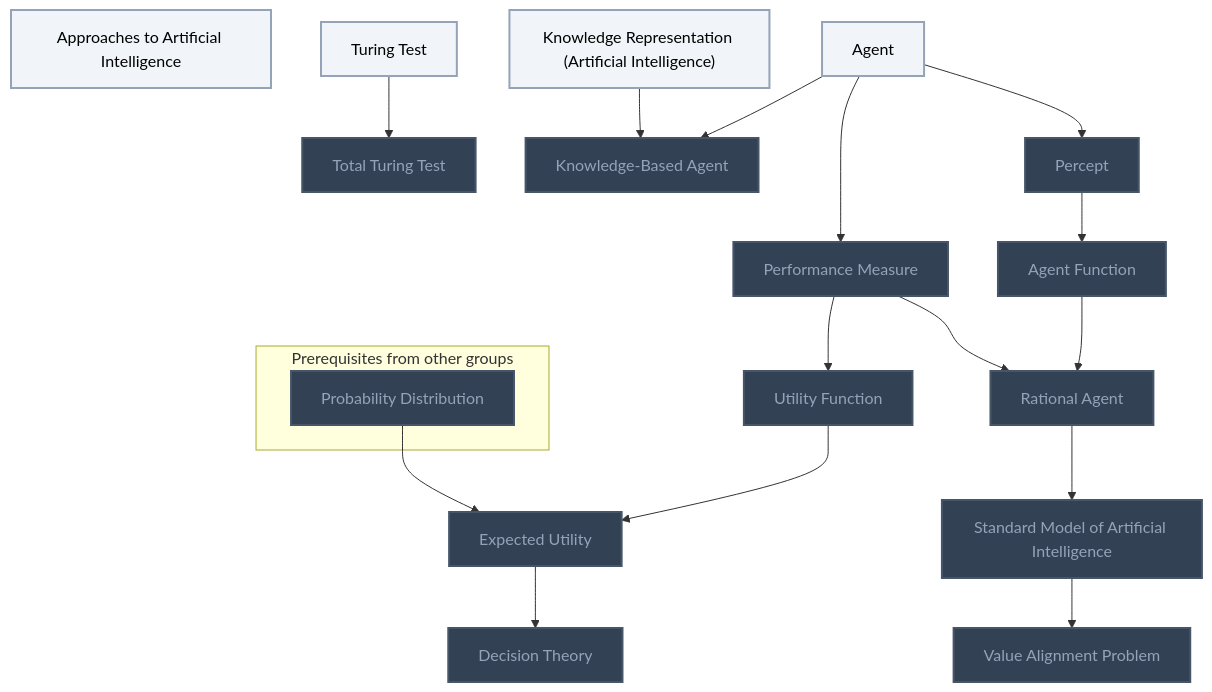
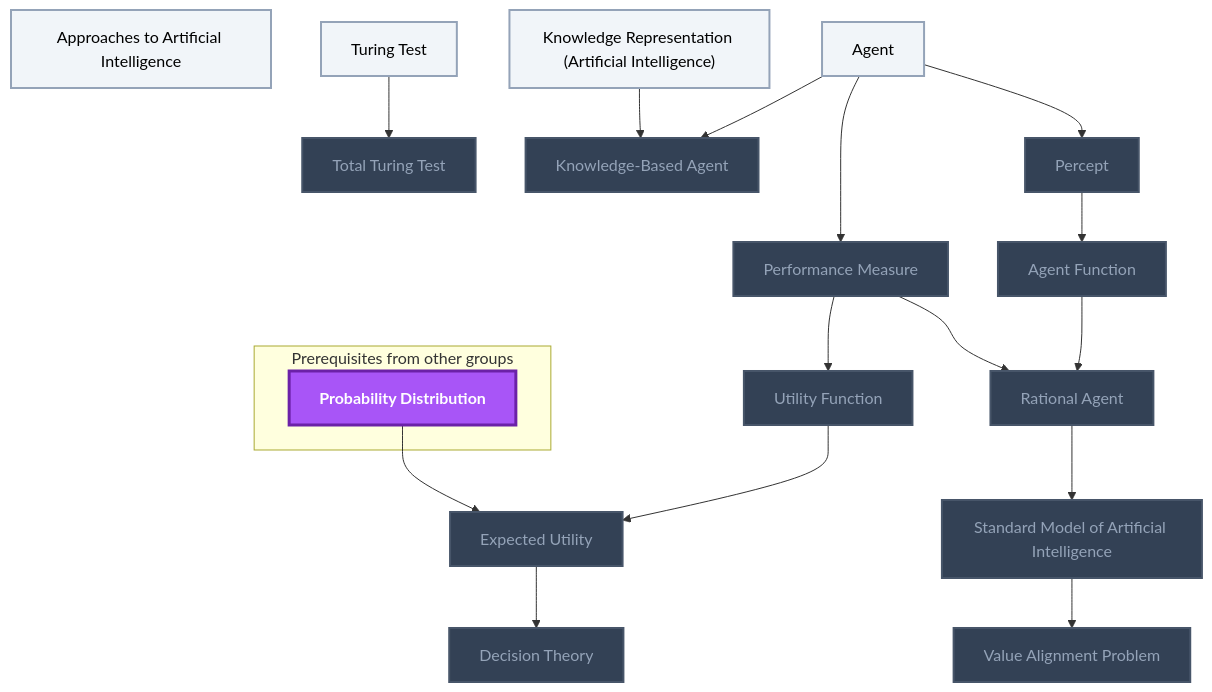
The first of 4 diagrams in Gamification/Skill Trees/Artificial Intelligence.md (MRauf1/My-Notes), drawn with Mermaid before and after one commit. The commit also changed other lines of this file and 145 other files, not shown here.

````diff
--- a/Gamification/Skill Trees/Artificial Intelligence.md
+++ b/Gamification/Skill Trees/Artificial Intelligence.md
@@ -17,47 +17,48 @@
 ```mermaid
 flowchart TD
     classDef planned fill:#1E293B,stroke:#64748B,stroke-width:2px,stroke-dasharray:5 5,color:#94A3B8;
     classDef locked fill:#334155,stroke:#475569,stroke-width:2px,color:#94A3B8;
     classDef L0 fill:#F1F5F9,stroke:#94A3B8,stroke-width:2px,color:#000000;
     classDef L1 fill:#22C55E,stroke:#15803D,stroke-width:2px,color:#000000;
     classDef L2 fill:#3B82F6,stroke:#1D4ED8,stroke-width:3px,color:#FFFFFF;
     classDef L3 fill:#A855F7,stroke:#6B21A8,stroke-width:3px,color:#FFFFFF,font-weight:bold;
     classDef L4 fill:#F97316,stroke:#C2410C,stroke-width:4px,color:#000000,font-weight:bold;
     classDef L5 fill:#FFD700,stroke:#FF8C00,stroke-width:5px,color:#000000,font-weight:bold;
     classDef rusty stroke:#8B4513,stroke-width:4px,stroke-dasharray:3 3;
     subgraph sg_prereqs["Prerequisites from other groups"]
         n_probability_distribution["Probability Distribution"]
     end
     n_approaches_to_artificial_intelligence["Approaches to Artificial Intelligence"]
     n_turing_test["Turing Test"]
     n_total_turing_test["Total Turing Test"]
     n_agent["Agent"]
     n_percept["Percept"]
     n_agent_function["Agent Function"]
     n_performance_measure["Performance Measure"]
     n_rational_agent["Rational Agent"]
     n_standard_model_of_artificial_intelligence["Standard Model of Artificial Intelligence"]
     n_value_alignment_problem["Value Alignment Problem"]
     n_utility_function["Utility Function"]
     n_expected_utility["Expected Utility"]
     n_decision_theory["Decision Theory"]
     n_knowledge_representation_artificial_intelligence["Knowledge Representation (Artificial Intelligence)"]
     n_knowledge_based_agent["Knowledge-Based Agent"]
     n_turing_test --> n_total_turing_test
     n_agent --> n_percept
     n_percept --> n_agent_function
     n_agent --> n_performance_measure
     n_agent_function --> n_rational_agent
     n_performance_measure --> n_rational_agent
     n_rational_agent --> n_standard_model_of_artificial_intelligence
     n_standard_model_of_artificial_intelligence --> n_value_alignment_problem
     n_performance_measure --> n_utility_function
     n_utility_function --> n_expected_utility
     n_probability_distribution --> n_expected_utility
     n_expected_utility --> n_decision_theory
     n_agent --> n_knowledge_based_agent
     n_knowledge_representation_artificial_intelligence --> n_knowledge_based_agent
-    class n_probability_distribution,n_total_turing_test,n_percept,n_agent_function,n_performance_measure,n_rational_agent,n_standard_model_of_artificial_intelligence,n_value_alignment_problem,n_utility_function,n_expected_utility,n_decision_theory,n_knowledge_based_agent locked;
+    class n_total_turing_test,n_percept,n_agent_function,n_performance_measure,n_rational_agent,n_standard_model_of_artificial_intelligence,n_value_alignment_problem,n_utility_function,n_expected_utility,n_decision_theory,n_knowledge_based_agent locked;
     class n_approaches_to_artificial_intelligence,n_turing_test,n_agent,n_knowledge_representation_artificial_intelligence L0;
+    class n_probability_distribution L3;
     class n_probability_distribution,n_approaches_to_artificial_intelligence,n_turing_test,n_total_turing_test,n_agent,n_percept,n_agent_function,n_performance_measure,n_rational_agent,n_standard_model_of_artificial_intelligence,n_value_alignment_problem,n_utility_function,n_expected_utility,n_decision_theory,n_knowledge_representation_artificial_intelligence,n_knowledge_based_agent internal-link;
 ```
````
